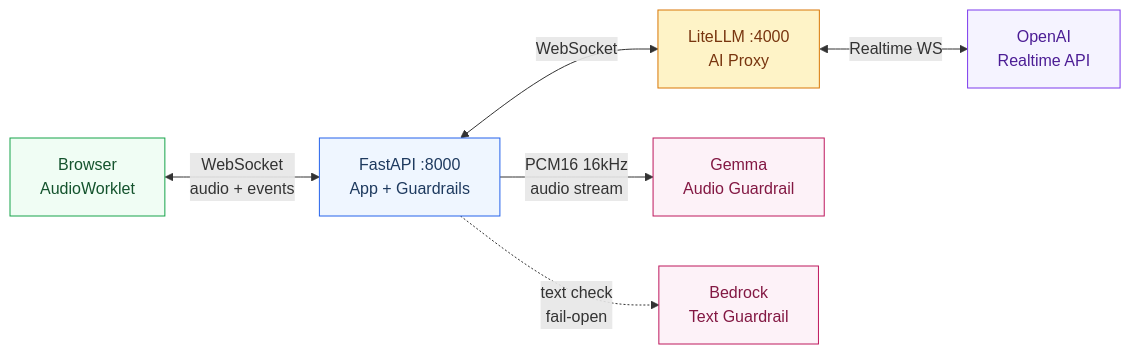
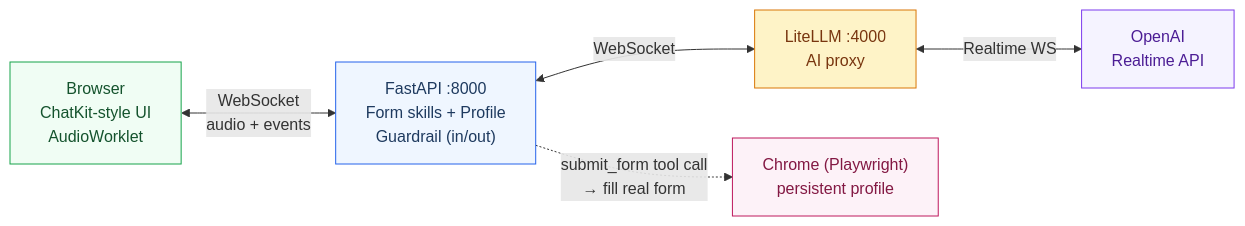
The diagram in README.md (vic4code/speech-form-filling-demo), drawn with Mermaid before and after one commit. The commit also changed other lines of this file, not shown here.

First line of the commit message:
Rewrite README for multi-form architecture

````diff
--- a/README.md
+++ b/README.md
@@ -16,22 +16,19 @@
 ```mermaid
 graph LR
-    Browser["Browser\nAudioWorklet"]
-    FastAPI["FastAPI :8000\nApp + Guardrails"]
-    LiteLLM["LiteLLM :4000\nAI Proxy"]
-    OpenAI["OpenAI\nRealtime API"]
-    Gemma["Gemma\nAudio Guardrail"]
-    Bedrock["Bedrock\nText Guardrail"]
+    Browser["Browser<br/>ChatKit-style UI<br/>AudioWorklet"]
+    FastAPI["FastAPI :8000<br/>Form skills + Profile<br/>Guardrail (in/out)"]
+    LiteLLM["LiteLLM :4000<br/>AI proxy"]
+    OpenAI["OpenAI<br/>Realtime API"]
+    Chrome["Chrome (Playwright)<br/>persistent profile"]
 
-    Browser <-->|"WebSocket\naudio + events"| FastAPI
+    Browser <-->|"WebSocket<br/>audio + events"| FastAPI
     FastAPI <-->|"WebSocket"| LiteLLM
     LiteLLM <-->|"Realtime WS"| OpenAI
-    FastAPI -->|"PCM16 16kHz\naudio stream"| Gemma
-    FastAPI -.->|"text check\nfail-open"| Bedrock
+    FastAPI -.->|"submit_form tool call<br/>→ fill real form"| Chrome
 
     style Browser fill:#f0fdf4,stroke:#16a34a,color:#14532d
     style FastAPI fill:#eff6ff,stroke:#2563eb,color:#1e3a5f
     style LiteLLM fill:#fef3c7,stroke:#d97706,color:#78350f
-    style Gemma fill:#fdf2f8,stroke:#be185d,color:#831843
-    style Bedrock fill:#fdf2f8,stroke:#be185d,color:#831843
     style OpenAI fill:#f5f3ff,stroke:#7c3aed,color:#4c1d95
+    style Chrome fill:#fdf2f8,stroke:#be185d,color:#831843
 ```
````
